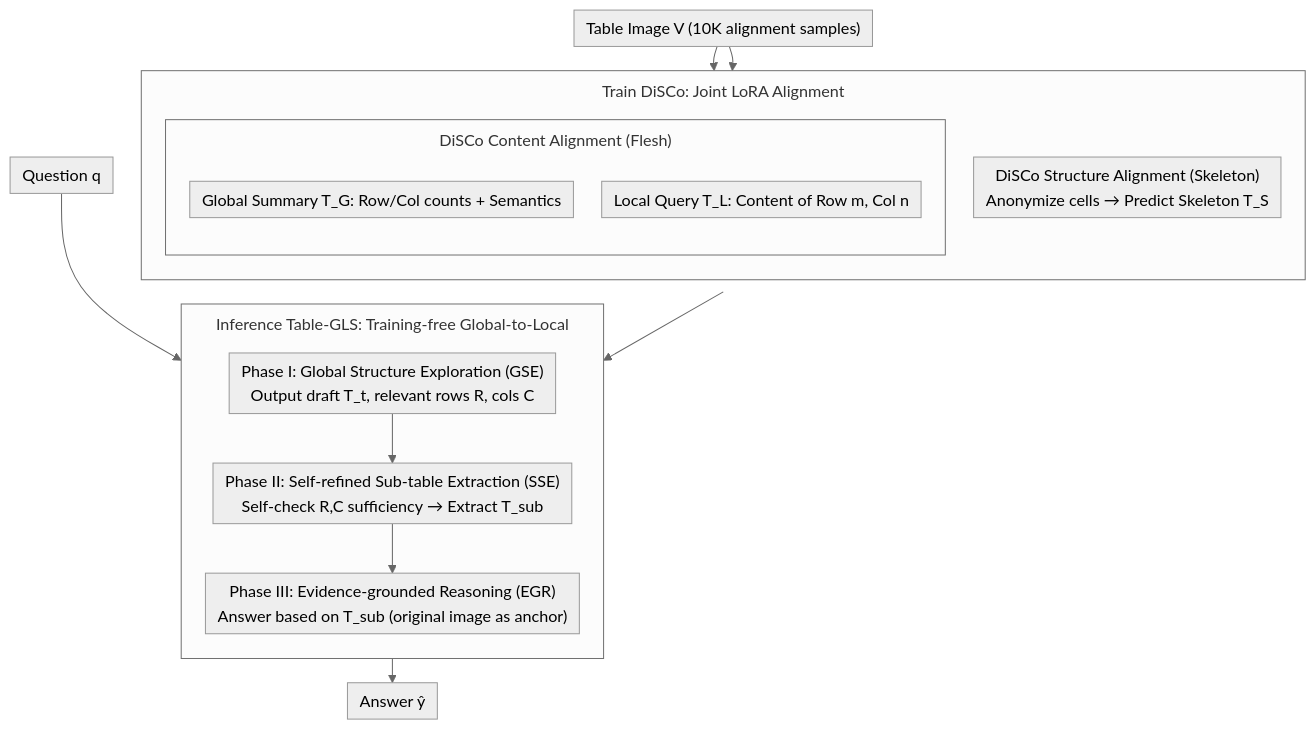
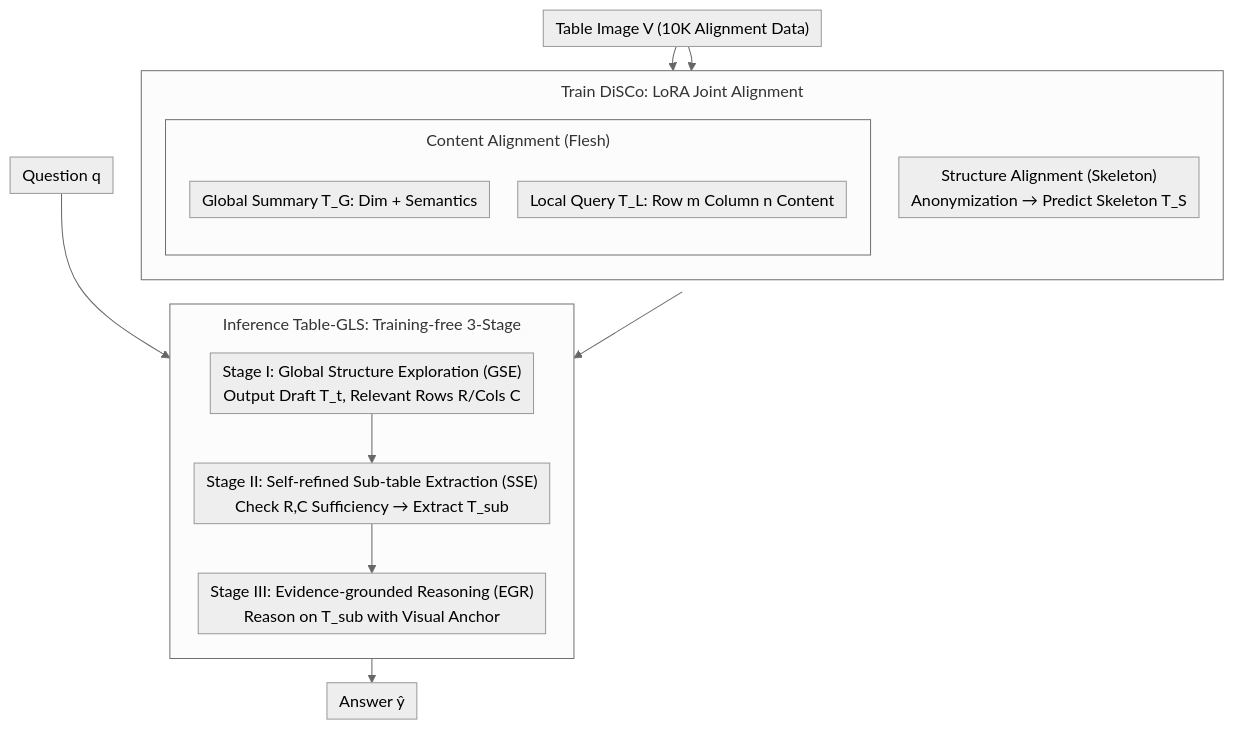
The diagram in docs/ICML2026/reinforcement_learning/decoupling_skeleton_and_flesh_efficient_multimodal_table_reasoning_with_disentan.md (zhaoyang97/Paper-Notes-en), drawn with Mermaid (neutral theme) before and after one commit. The commit also changed other lines of this file and 5084 other files, not shown here.

````diff
--- a/docs/ICML2026/reinforcement_learning/decoupling_skeleton_and_flesh_efficient_multimodal_table_reasoning_with_disentan.md
+++ b/docs/ICML2026/reinforcement_learning/decoupling_skeleton_and_flesh_efficient_multimodal_table_reasoning_with_disentan.md
@@ -43,26 +43,26 @@
 ```mermaid
 %%{init: {'flowchart': {'rankSpacing': 24, 'nodeSpacing': 28, 'padding': 6, 'wrappingWidth': 400, 'subGraphTitleMargin': {'top': 8, 'bottom': 16}}}}%%
 flowchart TD
-    IMG["Table Image V (10K alignment samples)"]
-    subgraph TRAIN["Train DiSCo: Joint LoRA Alignment"]
+    IMG["Table Image V (10K Alignment Data)"]
+    subgraph TRAIN["Train DiSCo: LoRA Joint Alignment"]
         direction TB
-        S["DiSCo Structure Alignment (Skeleton)<br/>Anonymize cells → Predict Skeleton T_S"]
-        subgraph CONTENT["DiSCo Content Alignment (Flesh)"]
+        S["Structure Alignment (Skeleton)<br/>Anonymization → Predict Skeleton T_S"]
+        subgraph CONTENT["Content Alignment (Flesh)"]
             direction TB
-            G["Global Summary T_G: Row/Col counts + Semantics"]
-            L["Local Query T_L: Content of Row m, Col n"]
+            G["Global Summary T_G: Dim + Semantics"]
+            L["Local Query T_L: Row m Column n Content"]
         end
     end
     IMG --> S
     IMG --> CONTENT
-    subgraph GLS["Inference Table-GLS: Training-free Global-to-Local"]
+    subgraph GLS["Inference Table-GLS: Training-free 3-Stage"]
         direction TB
-        G1["Phase I: Global Structure Exploration (GSE)<br/>Output draft T_t, relevant rows R, cols C"]
-        G2["Phase II: Self-refined Sub-table Extraction (SSE)<br/>Self-check R,C sufficiency → Extract T_sub"]
-        G3["Phase III: Evidence-grounded Reasoning (EGR)<br/>Answer based on T_sub (original image as anchor)"]
+        G1["Stage I: Global Structure Exploration (GSE)<br/>Output Draft T_t, Relevant Rows R/Cols C"]
+        G2["Stage II: Self-refined Sub-table Extraction (SSE)<br/>Check R,C Sufficiency → Extract T_sub"]
+        G3["Stage III: Evidence-grounded Reasoning (EGR)<br/>Reason on T_sub with Visual Anchor"]
         G1 --> G2 --> G3
     end
     TRAIN --> GLS
     Q["Question q"] --> G1
     G3 --> Y["Answer ŷ"]
 ```
````
